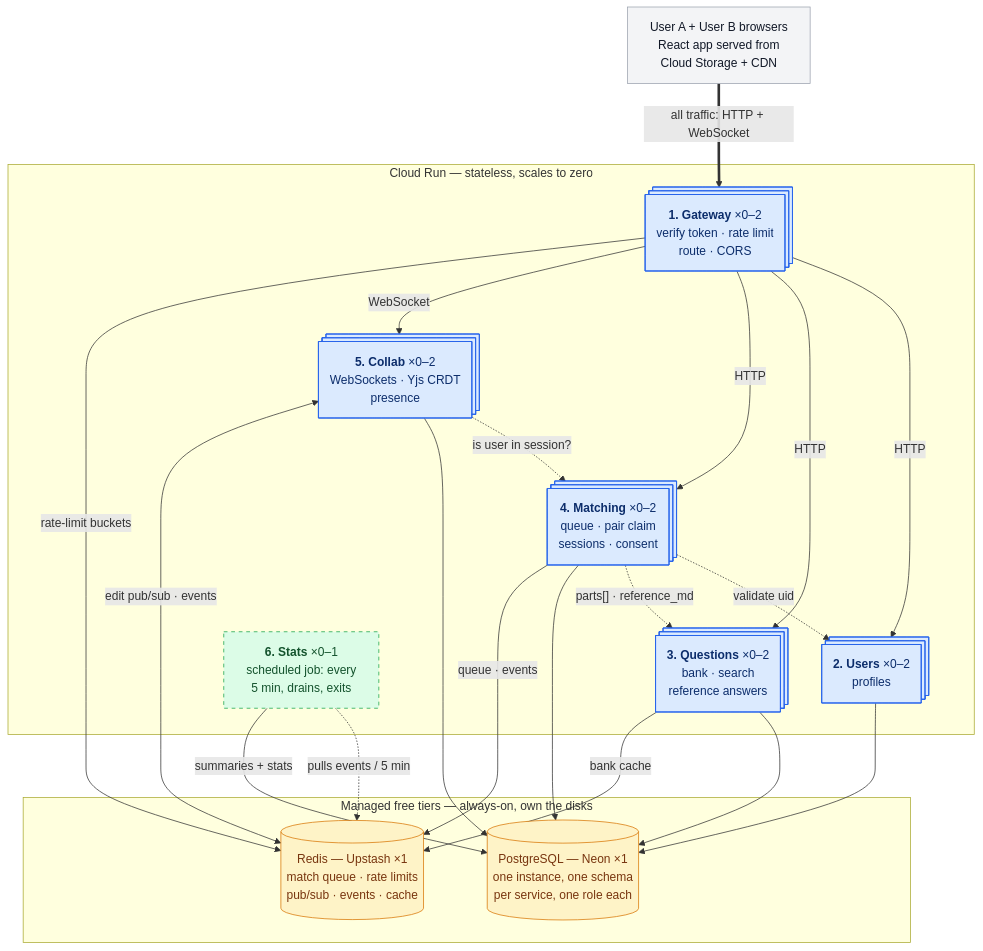
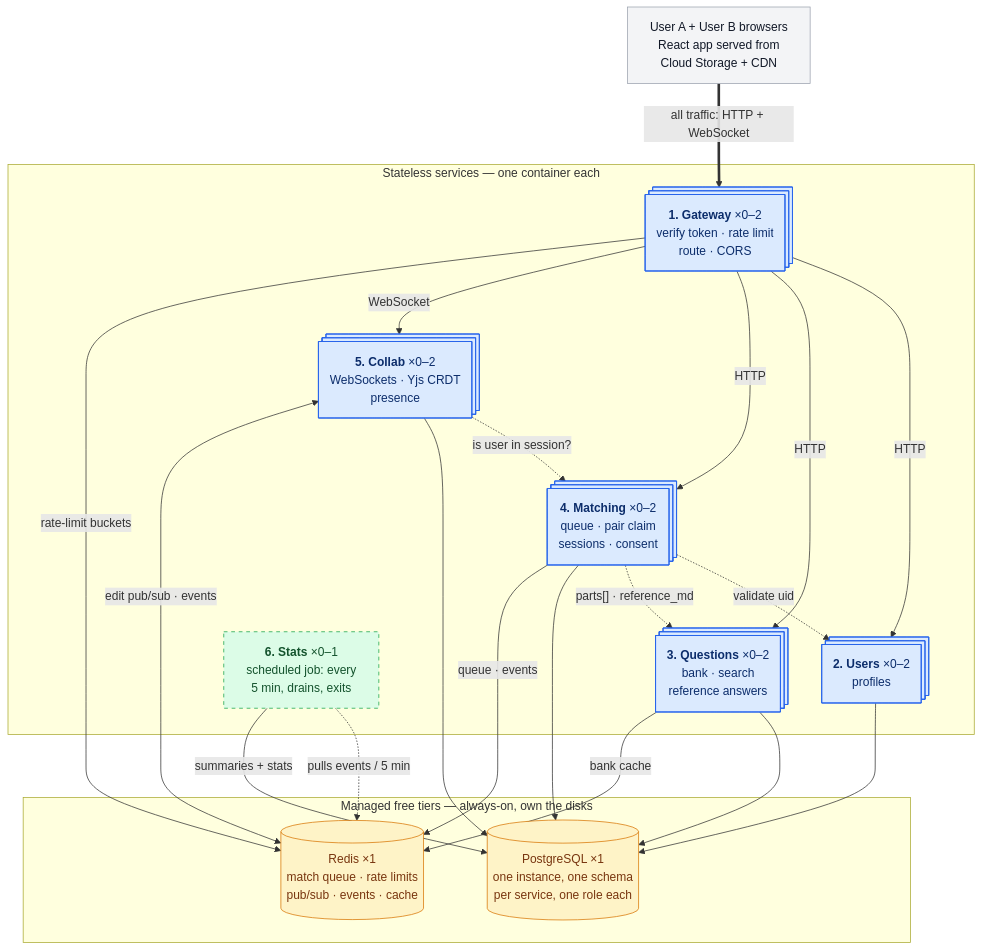
One commit to Wnayar/deepcs changed the first of 2 diagrams in DESIGN.md. Above: the diagram before and after it, drawn with Mermaid. The commit also changed other lines of this file and 32 other files, not shown here.

````diff
--- a/DESIGN.md
+++ b/DESIGN.md
@@ -104,48 +105,48 @@
 ```mermaid
 %%{init: {"flowchart": {"nodeSpacing": 45, "rankSpacing": 60}}}%%
 flowchart TD
     U["User A + User B browsers<br/>React app served from<br/>Cloud Storage + CDN"]
 
     U ==>|"all traffic: HTTP + WebSocket"| GW
 
-    subgraph RUN["Cloud Run — stateless, scales to zero"]
+    subgraph RUN["Stateless services — one container each"]
         GW@{ shape: procs, label: "<b>1. Gateway</b> ×0–2<br/>verify token · rate limit<br/>route · CORS" }
         USR@{ shape: procs, label: "<b>2. Users</b> ×0–2<br/>profiles" }
         QST@{ shape: procs, label: "<b>3. Questions</b> ×0–2<br/>bank · search<br/>reference answers" }
         MCH@{ shape: procs, label: "<b>4. Matching</b> ×0–2<br/>queue · pair claim<br/>sessions · consent" }
         COL@{ shape: procs, label: "<b>5. Collab</b> ×0–2<br/>WebSockets · Yjs CRDT<br/>presence" }
         STA["<b>6. Stats</b> ×0–1<br/>scheduled job: every<br/>5 min, drains, exits"]
     end
 
     subgraph DATA["Managed free tiers — always-on, own the disks"]
-        PG[("PostgreSQL — Neon ×1<br/>one instance, one schema<br/>per service, one role each")]
-        RD[("Redis — Upstash ×1<br/>match queue · rate limits<br/>pub/sub · events · cache")]
+        PG[("PostgreSQL ×1<br/>one instance, one schema<br/>per service, one role each")]
+        RD[("Redis ×1<br/>match queue · rate limits<br/>pub/sub · events · cache")]
     end
 
     GW -->|HTTP| USR
     GW -->|HTTP| QST
     GW -->|HTTP| MCH
     GW -->|WebSocket| COL
     GW -->|"rate-limit buckets"| RD
     MCH -.->|"validate uid"| USR
     MCH -.->|"parts[] · reference_md"| QST
     COL -.->|"is user in session?"| MCH
     USR --> PG
     QST --> PG
     MCH --> PG
     COL --> PG
     QST -->|"bank cache"| RD
     MCH -->|"queue · events"| RD
     COL <-->|"edit pub/sub · events"| RD
     STA -.->|"pulls events / 5 min"| RD
     STA -->|"summaries + stats"| PG
 
     classDef client fill:#f3f4f6,stroke:#9ca3af,color:#111827
     classDef ephemeral fill:#dbeafe,stroke:#2563eb,color:#0c2d6b
     classDef scheduled fill:#dcfce7,stroke:#16a34a,color:#14532d,stroke-dasharray: 5 5
     classDef stateful fill:#fef3c7,stroke:#d97706,color:#78350f
     class U client
     class GW,USR,QST,MCH,COL ephemeral
     class STA scheduled
     class PG,RD stateful
 ```
````
